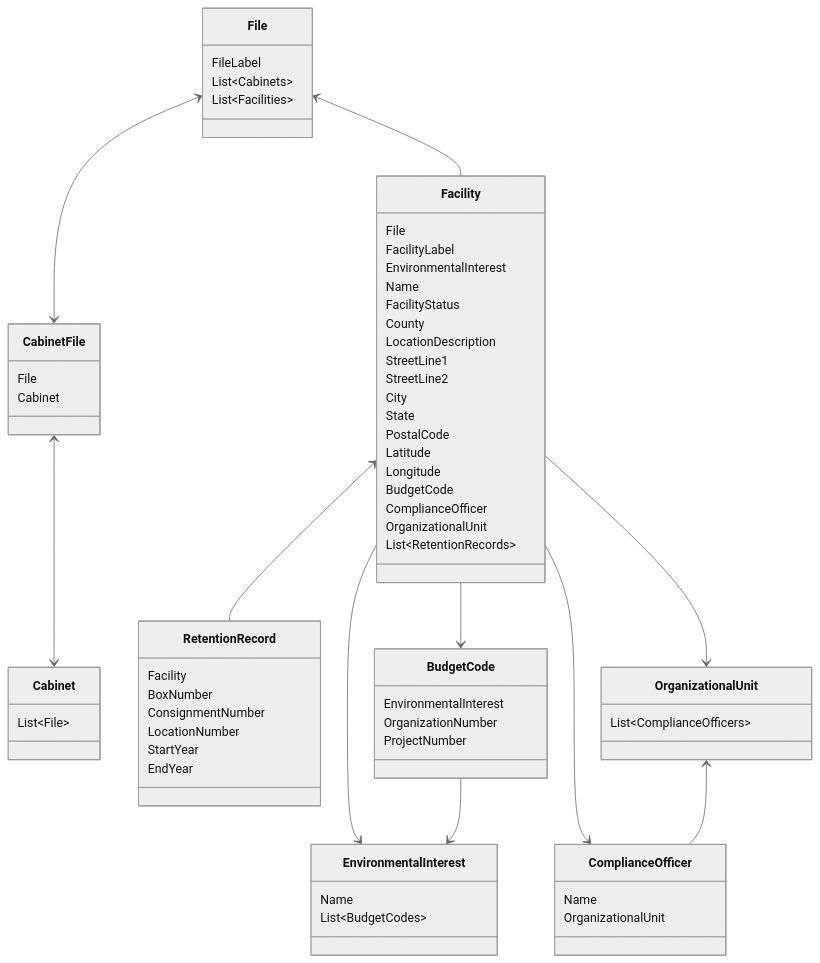
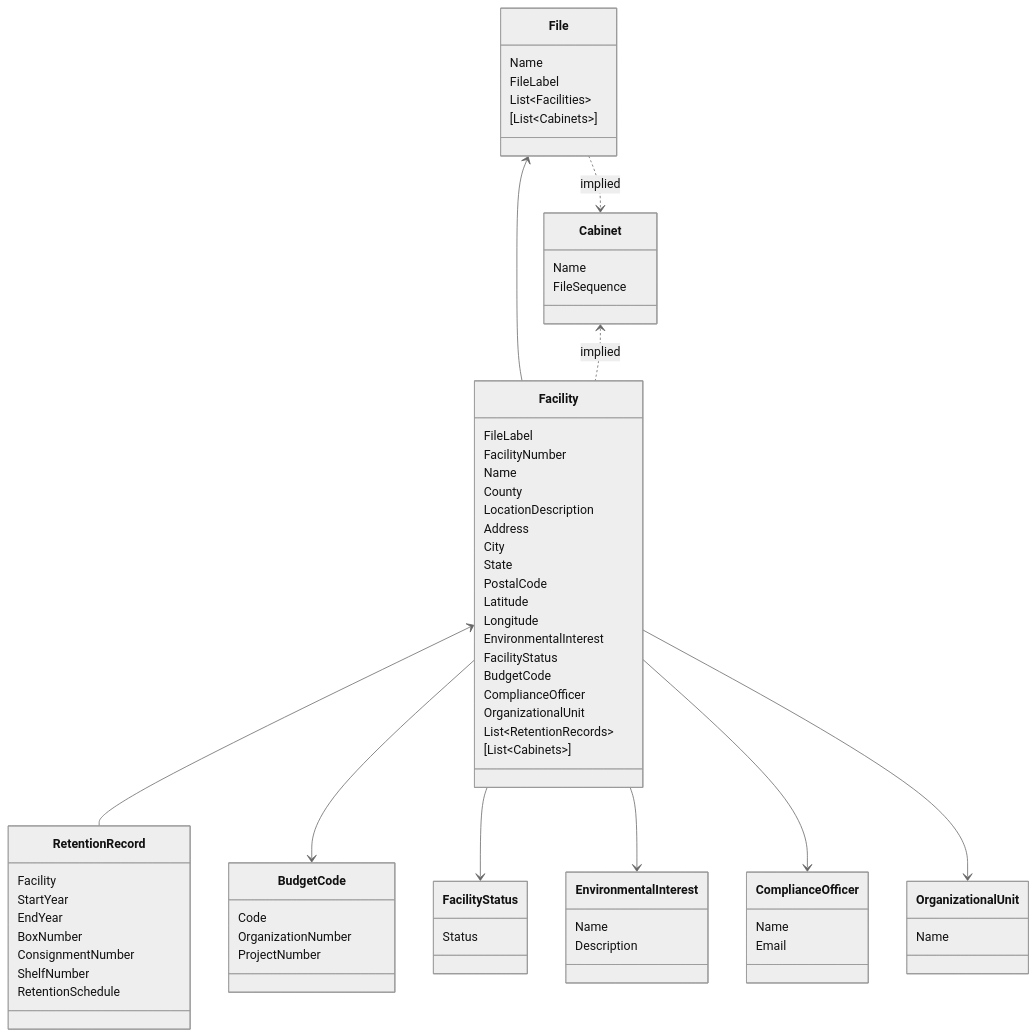
The diagram in docs/ER-diagram.md (gaepdit/FMS), drawn with Mermaid (neutral theme) before and after one commit. The commit also changed 1 other file, not shown here.

Commit message:
Update ER diagram

````diff
--- a/docs/ER-diagram.md
+++ b/docs/ER-diagram.md
@@ -3,87 +3,86 @@
 ```mermaid
 
 classDiagram
-    File <--> CabinetFile
-    CabinetFile <--> Cabinet
+    File ..> Cabinet : implied
     File <-- Facility
-        
+    Cabinet <.. Facility : implied
+
     Facility <-- RetentionRecord
     Facility --> BudgetCode
+    Facility --> FacilityStatus
     Facility --> EnvironmentalInterest
     Facility --> ComplianceOfficer
     Facility --> OrganizationalUnit
 
-    BudgetCode --> EnvironmentalInterest
-
-    OrganizationalUnit <-- ComplianceOfficer
-
 %% Classes
 
 class File {
+    Name
     FileLabel
-    List~Cabinets~
     List~Facilities~
-}
-
-class CabinetFile{
-    File
-    Cabinet
+    [List~Cabinets~]
 }
 
 class Cabinet {
-    List~File~
+    Name
+    FileSequence
 }
 
 class Facility {
-    File
-    FacilityLabel
-    EnvironmentalInterest
+    FileLabel
+    FacilityNumber
     Name
-    FacilityStatus
     County
     LocationDescription
-    StreetLine1
-    StreetLine2
+    Address
     City
     State
     PostalCode
     Latitude
     Longitude
+    EnvironmentalInterest
+    FacilityStatus
     BudgetCode
     ComplianceOfficer
     OrganizationalUnit
     List~RetentionRecords~
+    [List~Cabinets~]
 }
 
 class RetentionRecord {
     Facility
+    StartYear
+    EndYear
     BoxNumber
     ConsignmentNumber
-    LocationNumber
-    StartYear
-    EndYear
+    ShelfNumber
+    RetentionSchedule
 }
 
 class EnvironmentalInterest {
     Name
-    List~BudgetCodes~
+    Description
 }
 
 %% Lookup tables
 
 class BudgetCode {
-    EnvironmentalInterest
+    Code
     OrganizationNumber
     ProjectNumber
 }
 
 class OrganizationalUnit {
-    List~ComplianceOfficers~
+    Name
+}
+
+class FacilityStatus {
+    Status
 }
 
 class ComplianceOfficer {
     Name
-    OrganizationalUnit
+    Email
 }
 
 ```
````
